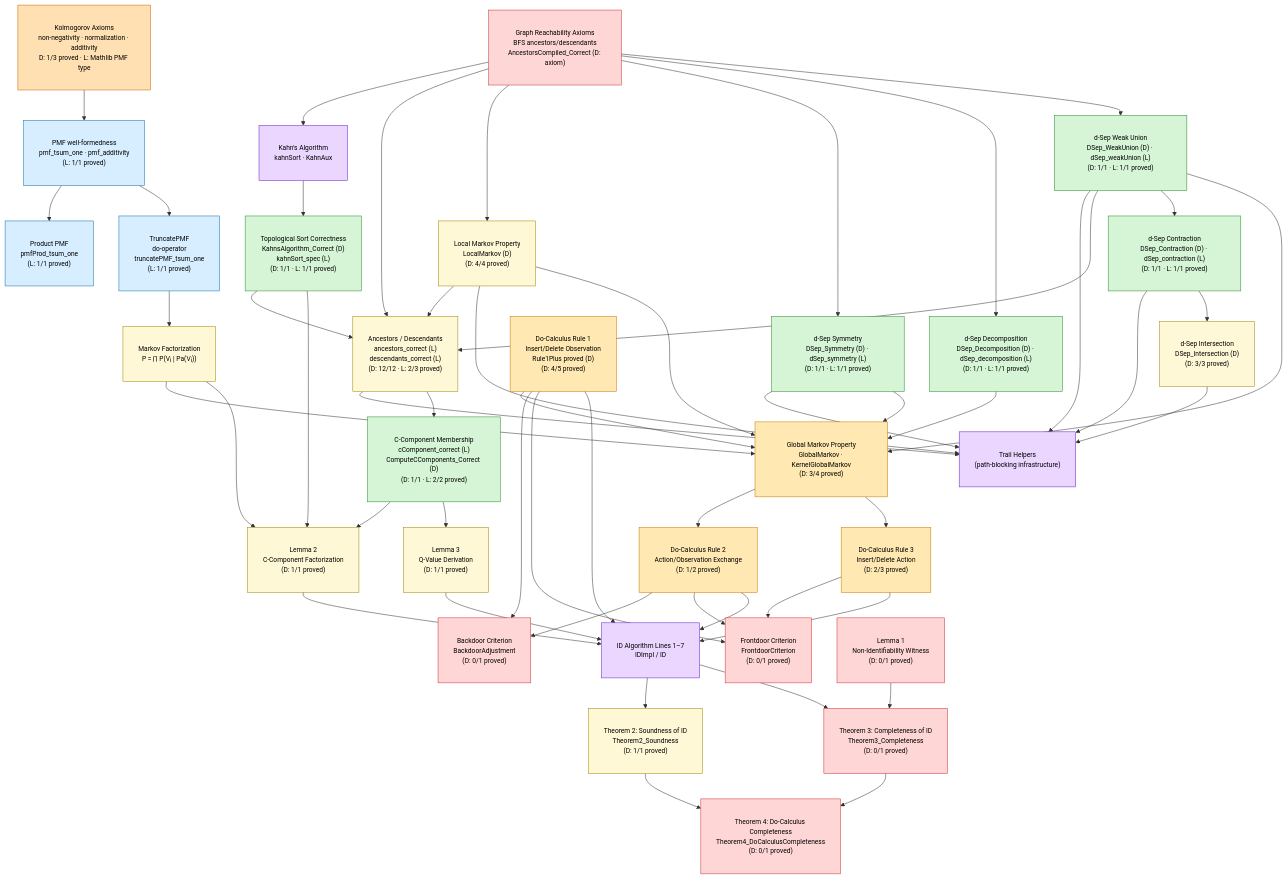
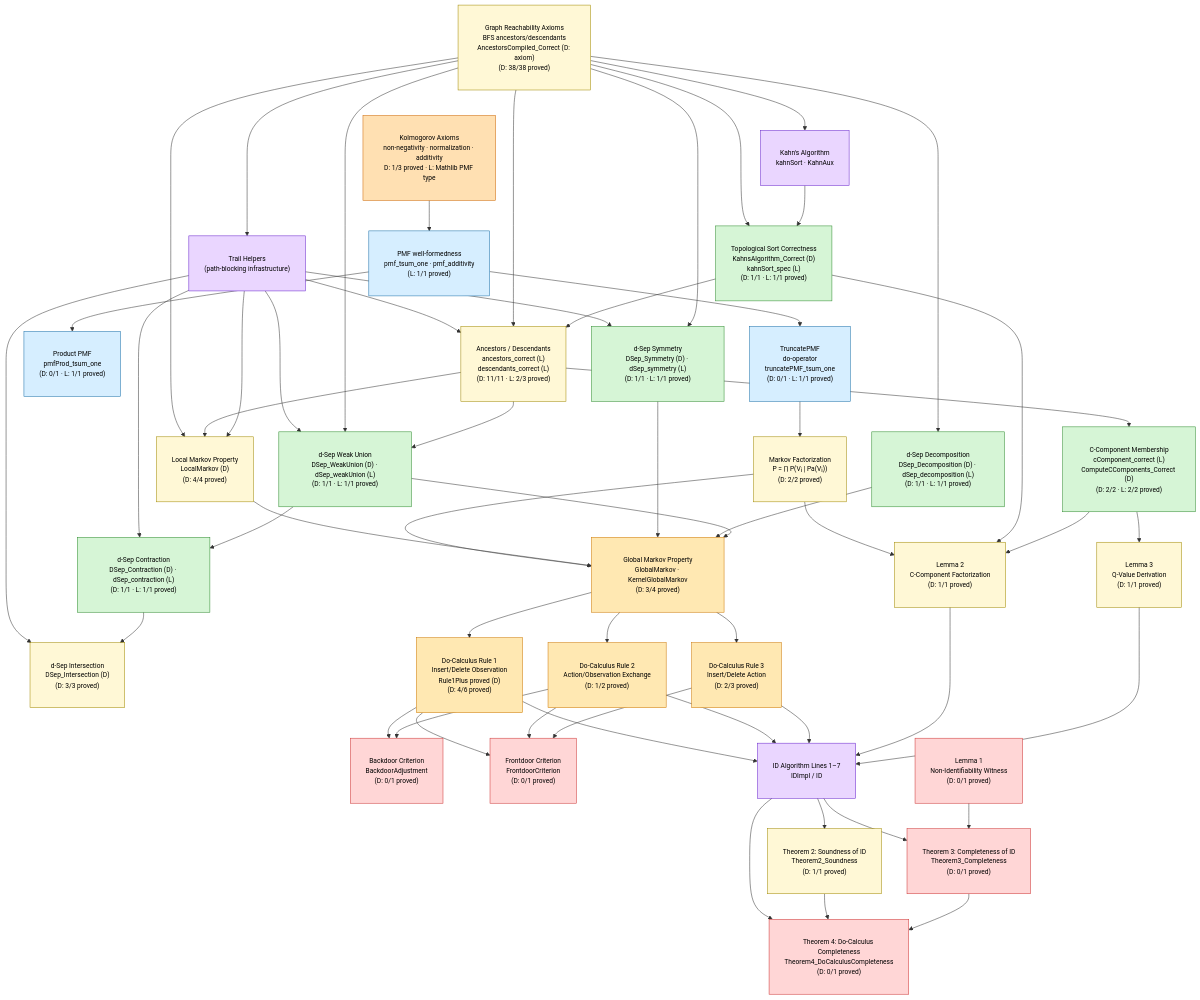
One commit to y0-causal-inference/y0 changed the diagram in docs/lean_and_dafny_dag.md. Above: the diagram before and after it, drawn with Mermaid. The commit also changed 3 other files, not shown here.

```diff
--- a/docs/lean_and_dafny_dag.md
+++ b/docs/lean_and_dafny_dag.md
@@ -8,11 +8,11 @@
     classDef algo       fill:#ead6ff,stroke:#6622cc,color:#000,padding:12px,font-size:13px
     classDef mathlib    fill:#ffe0b2,stroke:#cc6600,color:#000,padding:12px,font-size:13px
     n_ANC["Ancestors / Descendants\nancestors_correct (L)\ndescendants_correct (L)
-(D: 12/12 · L: 2/3 proved)"]:::dafnyOnly
+(D: 11/11 · L: 2/3 proved)"]:::dafnyOnly
     n_BKD["Backdoor Criterion\nBackdoorAdjustment
 (D: 0/1 proved)"]:::unproved
     n_CCOMP["C-Component Membership\ncComponent_correct (L)\nComputeCComponents_Correct (D)
-(D: 1/1 · L: 2/2 proved)"]:::bothProved
+(D: 2/2 · L: 2/2 proved)"]:::bothProved
     n_CONT["d-Sep Contraction\nDSep_Contraction (D) · dSep_contraction (L)
 (D: 1/1 · L: 1/1 proved)"]:::bothProved
     n_DEC["d-Sep Decomposition\nDSep_Decomposition (D) · dSep_decomposition (L)
@@ -36,18 +36,20 @@
 (D: 1/1 proved)"]:::dafnyOnly
     n_LMARKOV["Local Markov Property\nLocalMarkov (D)
 (D: 4/4 proved)"]:::dafnyOnly
-    n_MARKOV["Markov Factorization\nP = ∏ P(Vᵢ | Pa(Vᵢ))"]:::dafnyOnly
+    n_MARKOV["Markov Factorization\nP = ∏ P(Vᵢ | Pa(Vᵢ))
+(D: 2/2 proved)"]:::dafnyOnly
     n_PMF["PMF well-formedness\npmf_tsum_one · pmf_additivity
 (L: 1/1 proved)"]:::leanOnly
     n_PROD["Product PMF\npmfProd_tsum_one
-(L: 1/1 proved)"]:::leanOnly
+(D: 0/1 · L: 1/1 proved)"]:::leanOnly
     n_R1["Do-Calculus Rule 1\nInsert/Delete Observation\nRule1Plus proved (D)
-(D: 4/5 proved)"]:::partial
+(D: 4/6 proved)"]:::partial
     n_R2["Do-Calculus Rule 2\nAction/Observation Exchange
 (D: 1/2 proved)"]:::partial
     n_R3["Do-Calculus Rule 3\nInsert/Delete Action
 (D: 2/3 proved)"]:::partial
-    n_REACH["Graph Reachability Axioms\nBFS ancestors/descendants\nAncestorsCompiled_Correct (D: axiom)"]:::unproved
+    n_REACH["Graph Reachability Axioms\nBFS ancestors/descendants\nAncestorsCompiled_Correct (D: axiom)
+(D: 38/38 proved)"]:::dafnyOnly
     n_SYM["d-Sep Symmetry\nDSep_Symmetry (D) · dSep_symmetry (L)
 (D: 1/1 · L: 1/1 proved)"]:::bothProved
     n_T2["Theorem 2: Soundness of ID\nTheorem2_Soundness
@@ -58,33 +60,38 @@
 (D: 0/1 proved)"]:::unproved
     n_TRAIL["Trail Helpers\n(path-blocking infrastructure)"]:::algo
     n_TRUNC["TruncatePMF\ndo-operator\ntruncatePMF_tsum_one
-(L: 1/1 proved)"]:::leanOnly
+(D: 0/1 · L: 1/1 proved)"]:::leanOnly
     n_WU["d-Sep Weak Union\nDSep_WeakUnion (D) · dSep_weakUnion (L)
 (D: 1/1 · L: 1/1 proved)"]:::bothProved
 
-    n_ANC --> n_TRAIL
-    n_LMARKOV --> n_ANC
-    n_LMARKOV --> n_TRAIL
-    n_SYM --> n_TRAIL
-    n_WU --> n_TRAIL
-    n_WU --> n_ANC
-    n_CONT --> n_TRAIL
-    n_INTER --> n_TRAIL
-    n_R1 --> n_GM
+    n_REACH --> n_KAHN_PROOF
+    n_TRAIL --> n_ANC
+    n_REACH --> n_ANC
+    n_REACH --> n_TRAIL
+    n_REACH --> n_LMARKOV
+    n_ANC --> n_LMARKOV
+    n_TRAIL --> n_LMARKOV
+    n_TRAIL --> n_SYM
+    n_TRAIL --> n_WU
+    n_REACH --> n_WU
+    n_ANC --> n_WU
+    n_TRAIL --> n_CONT
+    n_TRAIL --> n_INTER
+    n_GM --> n_R1
+    n_ID --> n_T2
+    n_ID --> n_T3
+    n_ID --> n_T4
     n_K --> n_PMF
     n_PMF --> n_PROD
     n_PMF --> n_TRUNC
     n_TRUNC --> n_MARKOV
     n_MARKOV --> n_GM
     n_REACH --> n_KAHN_ALGO
-    n_REACH --> n_ANC
     n_KAHN_ALGO --> n_KAHN_PROOF
     n_KAHN_PROOF --> n_ANC
     n_ANC --> n_CCOMP
-    n_REACH --> n_LMARKOV
     n_REACH --> n_SYM
     n_REACH --> n_DEC
-    n_REACH --> n_WU
     n_WU --> n_CONT
     n_CONT --> n_INTER
     n_LMARKOV --> n_GM
@@ -107,8 +114,6 @@
     n_KAHN_PROOF --> n_L2
     n_CCOMP --> n_L2
     n_CCOMP --> n_L3L
-    n_ID --> n_T2
-    n_ID --> n_T3
     n_L1 --> n_T3
     n_T2 --> n_T4
     n_T3 --> n_T4
```
